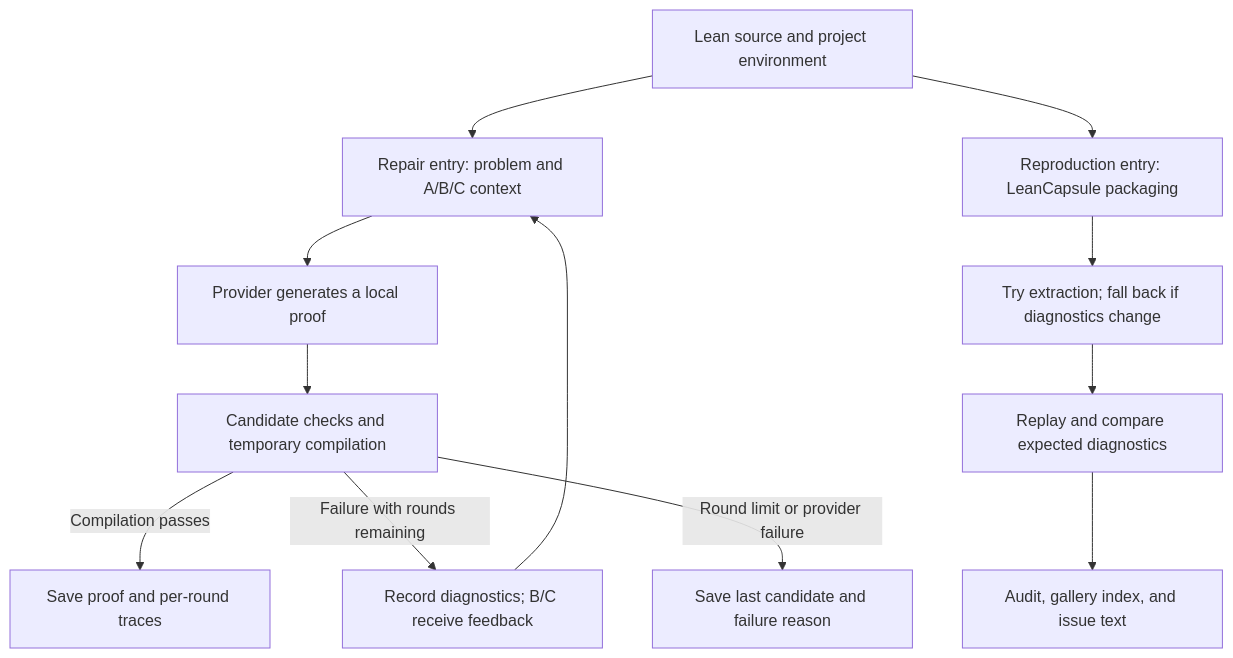
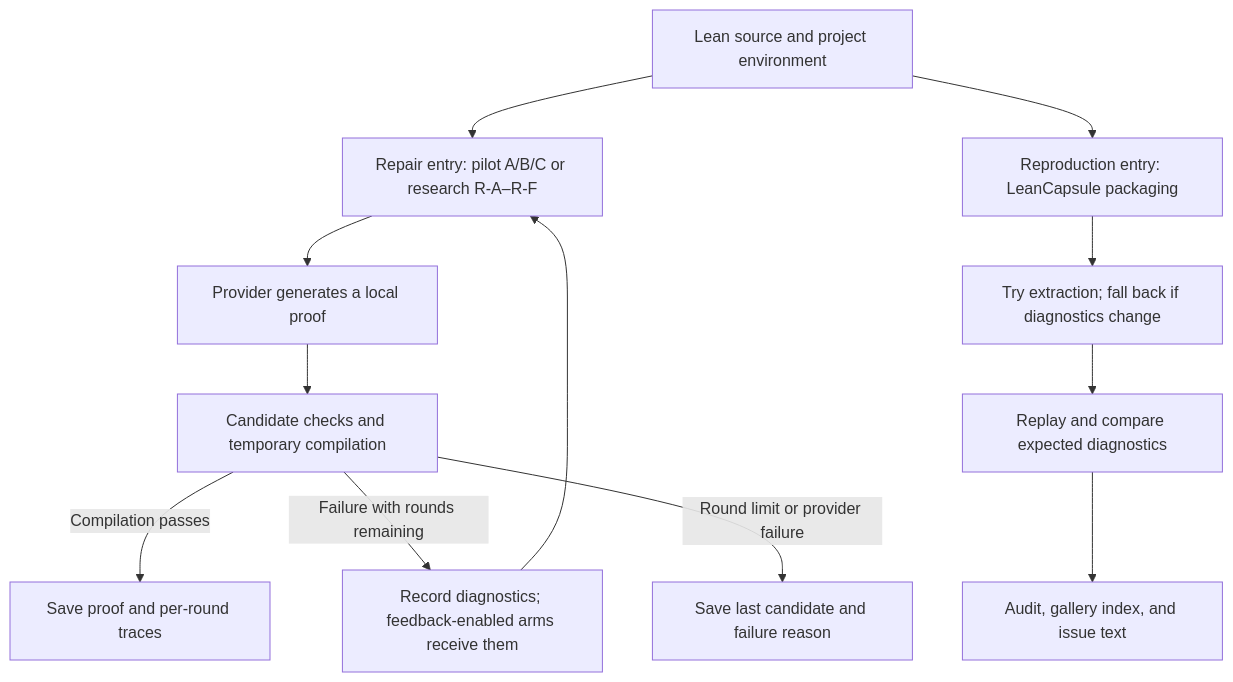
One commit to runqi-allen-wang/TRACER-Typed-Repair-Agent-with-Compiler-validated-Example-Retrieval changed the diagram in README.md. Above: the diagram before and after it, drawn with Mermaid. The commit also changed other lines of this file and 2 other files, not shown here.

````diff
--- a/README.md
+++ b/README.md
@@ -60,14 +78,14 @@
 ```mermaid
 flowchart TD
-    S["Lean source and project environment"] --> A["Repair entry: problem and A/B/C context"]
+    S["Lean source and project environment"] --> A["Repair entry: pilot A/B/C or research R-A–R-F"]
     A --> P["Provider generates a local proof"]
     P --> V["Candidate checks and temporary compilation"]
     V -->|"Compilation passes"| O["Save proof and per-round traces"]
-    V -->|"Failure with rounds remaining"| F["Record diagnostics; B/C receive feedback"]
+    V -->|"Failure with rounds remaining"| F["Record diagnostics; feedback-enabled arms receive them"]
     F --> A
     V -->|"Round limit or provider failure"| E["Save last candidate and failure reason"]
     S --> K["Reproduction entry: LeanCapsule packaging"]
     K --> X["Try extraction; fall back if diagnostics change"]
     X --> R["Replay and compare expected diagnostics"]
     R --> G["Audit, gallery index, and issue text"]
 ```
````
